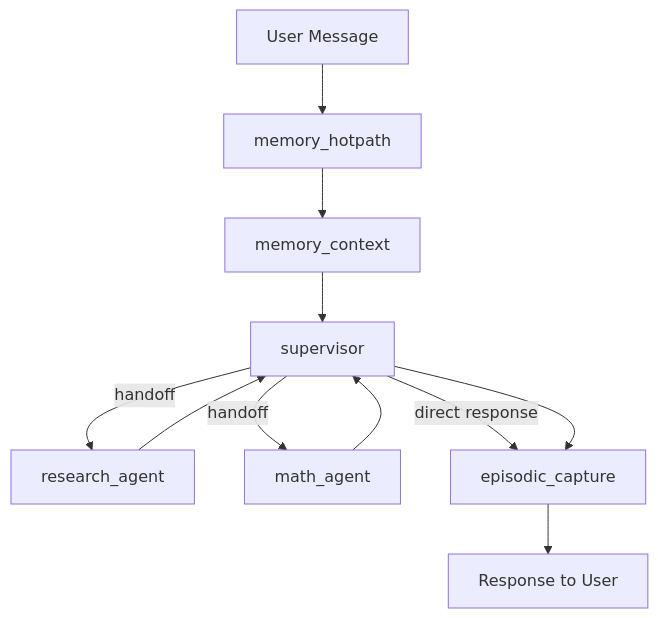
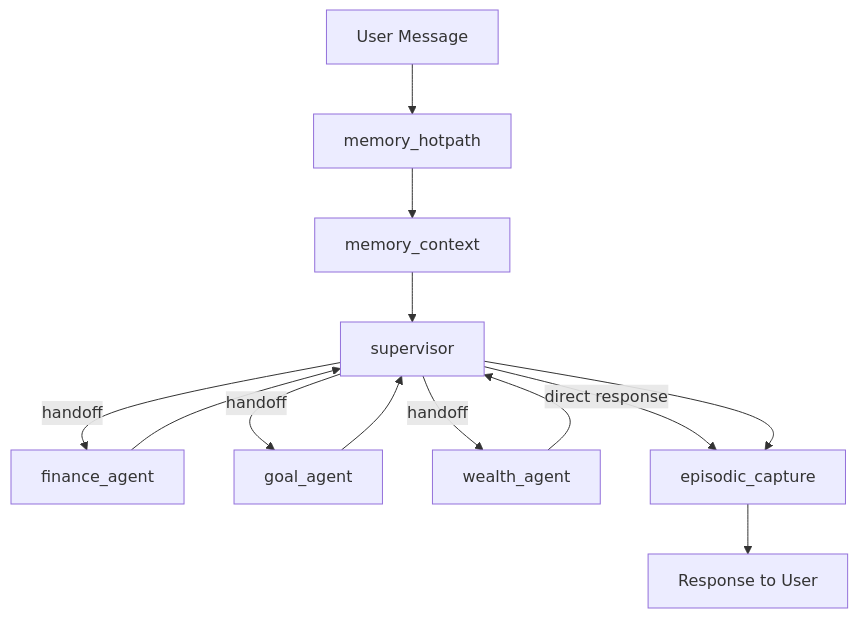
The diagram in docs/agent-integration/agent-integration-guide.md (carrizojuancruz/ai), drawn with Mermaid before and after one commit. The commit also changed other lines of this file and 3 other files, not shown here.

````diff
--- a/docs/agent-integration/agent-integration-guide.md
+++ b/docs/agent-integration/agent-integration-guide.md
@@ -36,13 +36,15 @@
 ```mermaid
 graph TD
     A[User Message] --> B[memory_hotpath]
     B --> C[memory_context]
     C --> D[supervisor]
-    D -->|handoff| E[research_agent]
-    D -->|handoff| F[math_agent]
-    D -->|direct response| G[episodic_capture]
+    D -->|handoff| E[finance_agent]
+    D -->|handoff| F[goal_agent]
+    D -->|handoff| G[wealth_agent]
+    D -->|direct response| H[episodic_capture]
     E --> D
     F --> D
-    D --> G
-    G --> H[Response to User]
+    G --> D
+    D --> H
+    H --> I[Response to User]
 ```
````
